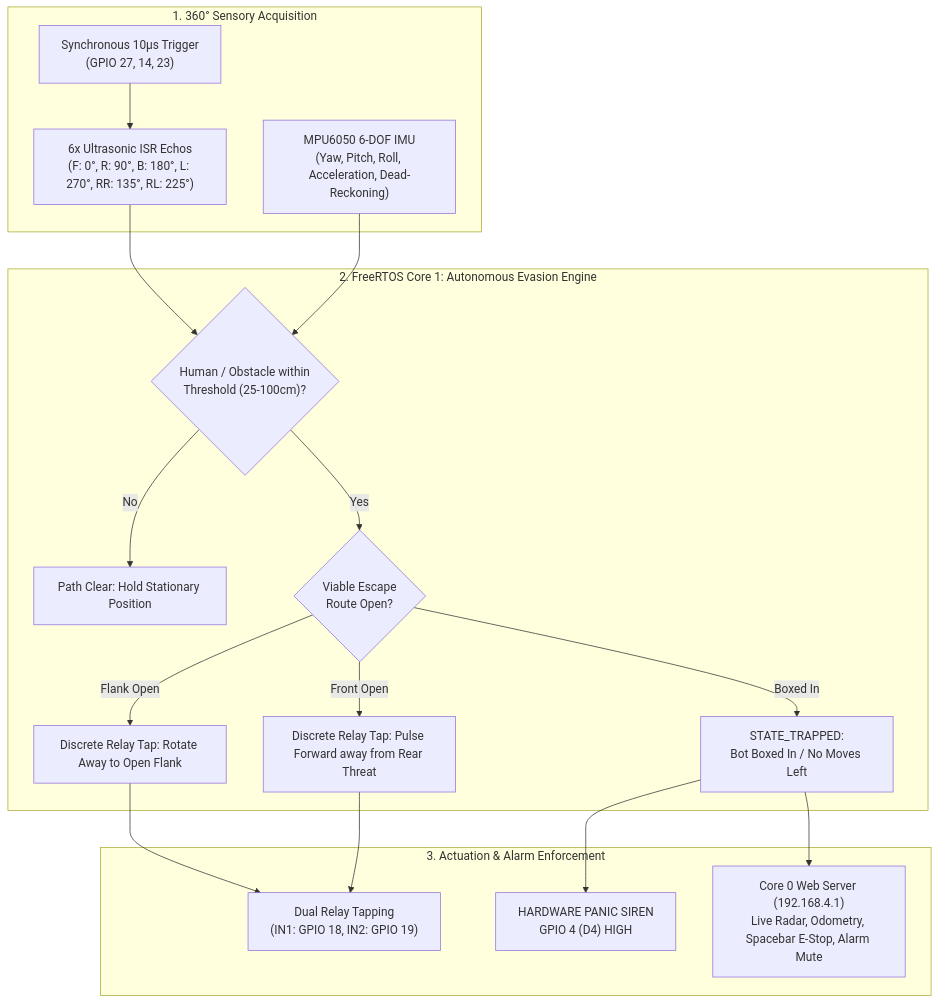
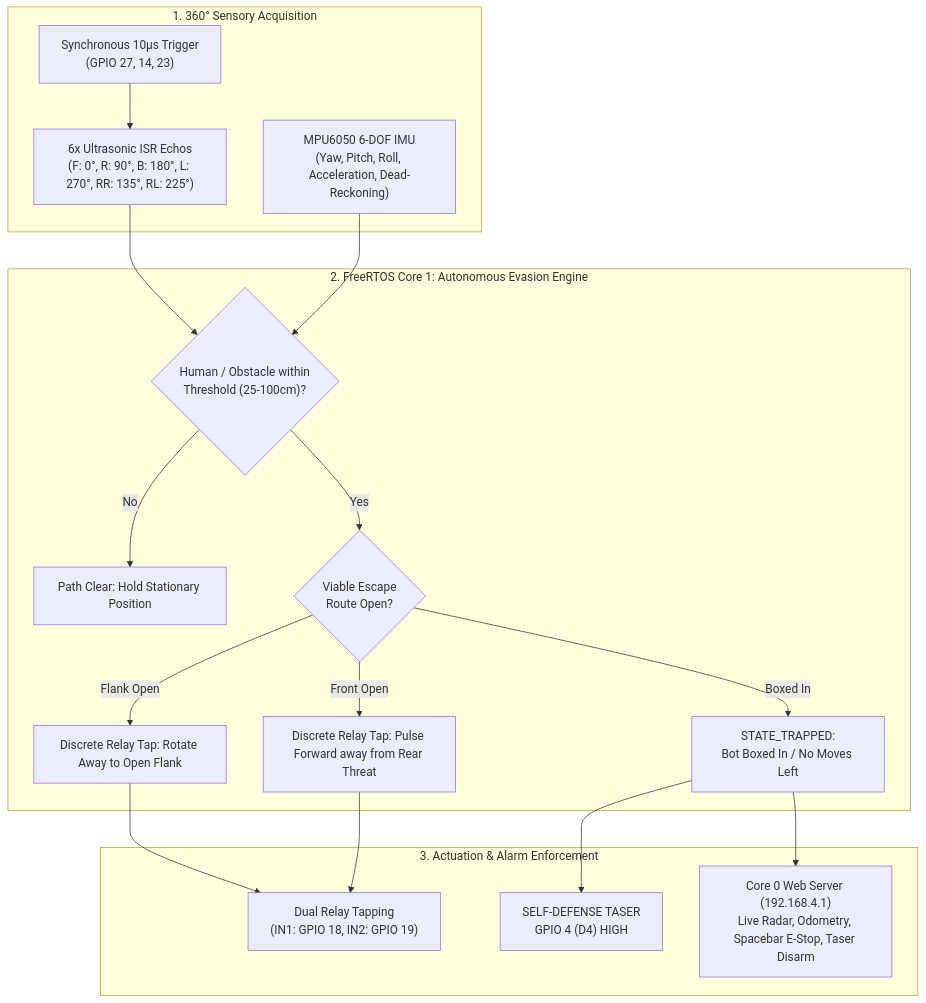
One commit to SamSunny4/useless_project_temp changed the diagram in README.md. Above: the diagram before and after it, drawn with Mermaid. The commit also changed other lines of this file and 3 other files, not shown here.

Commit message:
feat: Update defensive system from generic alarm to high-voltage self-defense Taser

````diff
--- a/README.md
+++ b/README.md
@@ -169,34 +169,34 @@
 ```mermaid
 flowchart TD
     subgraph SENSORY_ACQUISITION["1. 360° Sensory Acquisition"]
         TRIG["Synchronous 10µs Trigger<br/>(GPIO 27, 14, 23)"]
         SENS["6x Ultrasonic ISR Echos<br/>(F: 0°, R: 90°, B: 180°, L: 270°, RR: 135°, RL: 225°)"]
         IMU["MPU6050 6-DOF IMU<br/>(Yaw, Pitch, Roll, Acceleration, Dead-Reckoning)"]
     end
 
     subgraph EVASION_ENGINE["2. FreeRTOS Core 1: Autonomous Evasion Engine"]
         EVAL{"Human / Obstacle within<br/>Threshold (25-100cm)?"}
         CLEAR["Path Clear: Hold Stationary Position"]
         CHK_MOVES{"Viable Escape<br/>Route Open?"}
         TAP_ROT["Discrete Relay Tap: Rotate Away to Open Flank"]
         TAP_FWD["Discrete Relay Tap: Pulse Forward away from Rear Threat"]
         TRAPPED["STATE_TRAPPED:<br/>Bot Boxed In / No Moves Left"]
     end
 
     subgraph ALARM_AND_ACTUATION["3. Actuation & Alarm Enforcement"]
         MOTORS["Dual Relay Tapping<br/>(IN1: GPIO 18, IN2: GPIO 19)"]
-        ALARM["HARDWARE PANIC SIREN<br/>GPIO 4 (D4) HIGH"]
-        WEB["Core 0 Web Server (192.168.4.1)<br/>Live Radar, Odometry, Spacebar E-Stop, Alarm Mute"]
+        ALARM["SELF-DEFENSE TASER<br/>GPIO 4 (D4) HIGH"]
+        WEB["Core 0 Web Server (192.168.4.1)<br/>Live Radar, Odometry, Spacebar E-Stop, Taser Disarm"]
     end
 
     TRIG --> SENS
     SENS --> EVAL
     IMU --> EVAL
     EVAL -- No --> CLEAR
     EVAL -- Yes --> CHK_MOVES
     CHK_MOVES -- Flank Open --> TAP_ROT --> MOTORS
     CHK_MOVES -- Front Open --> TAP_FWD --> MOTORS
     CHK_MOVES -- Boxed In --> TRAPPED
     TRAPPED --> ALARM
     TRAPPED --> WEB
 ```
````
